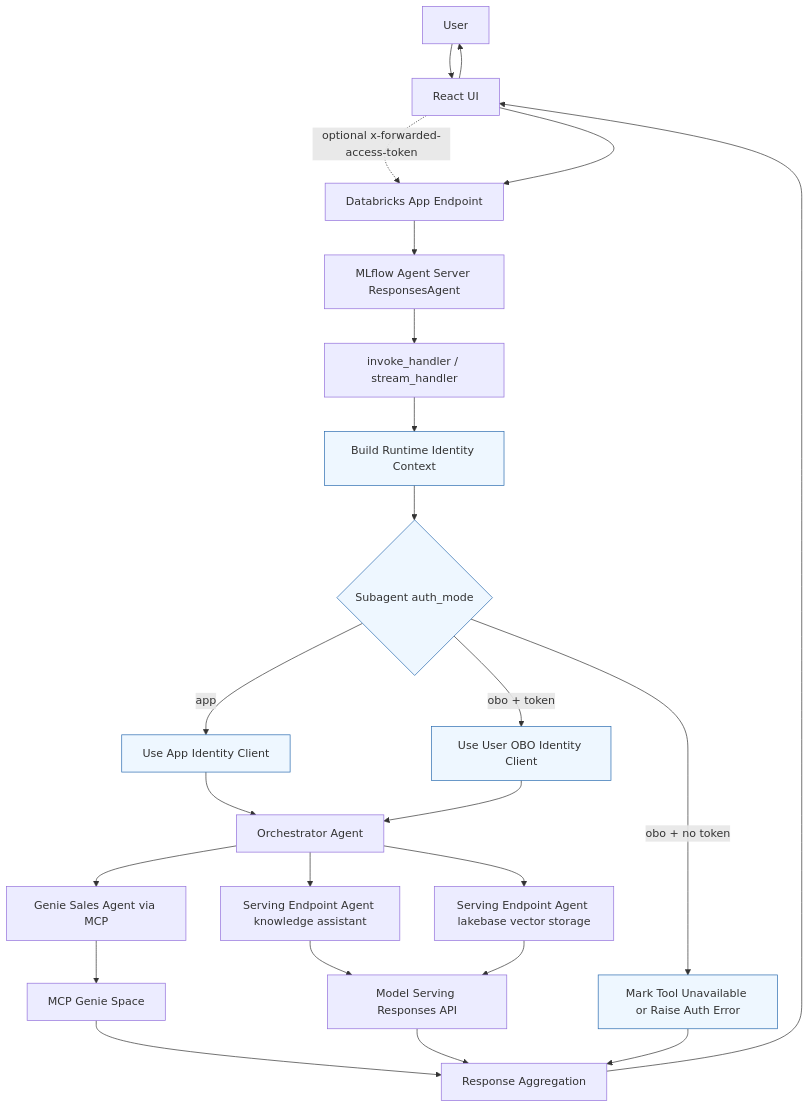
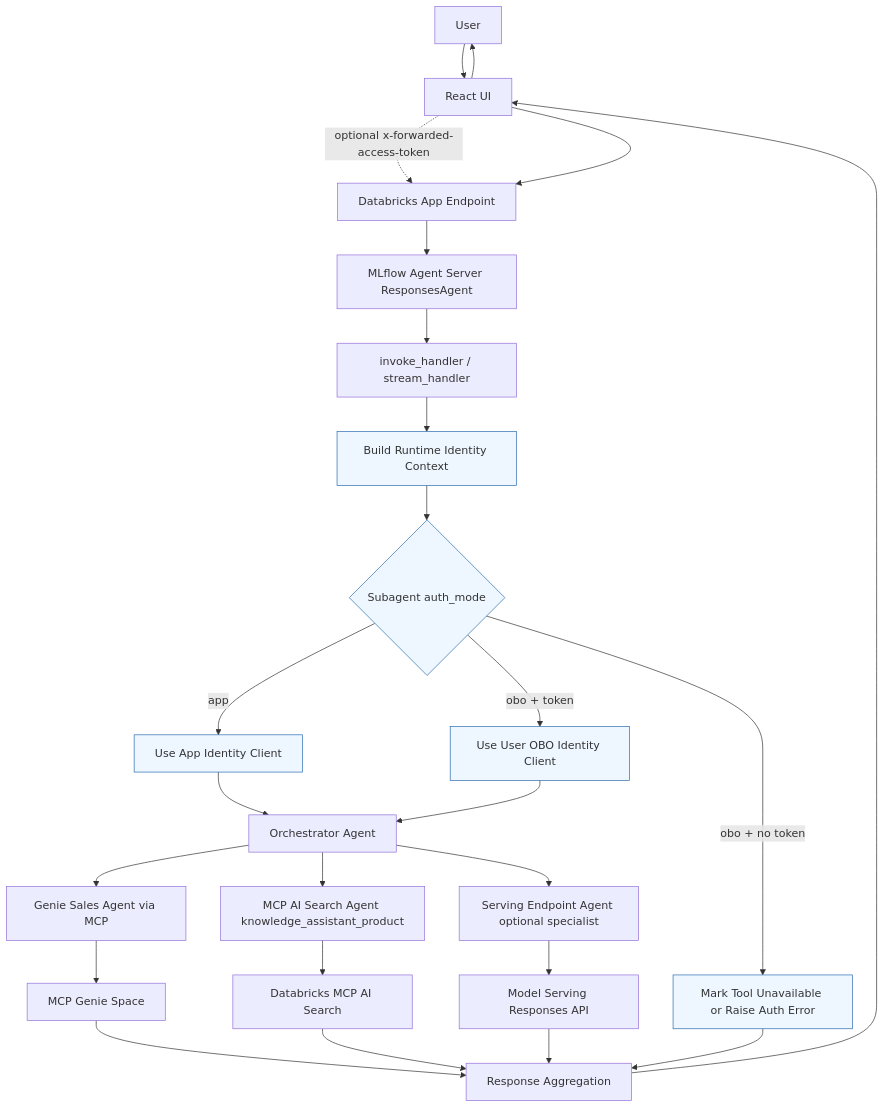
One commit to wchen-dea/Multi-Agent-App-On-Databricks changed the second of 2 diagrams in docs/architecture/system-architecture.md. Above: the diagram before and after it, drawn with Mermaid. The commit also changed other lines of this file and 26 other files, not shown here.

````diff
--- a/docs/architecture/system-architecture.md
+++ b/docs/architecture/system-architecture.md
@@ -138,33 +139,34 @@
 ```mermaid
 flowchart TD
     U[User]
     U --> UI[React UI]
     UI -.optional x-forwarded-access-token.-> APP
     UI --> APP[Databricks App Endpoint]
     APP --> S[MLflow Agent Server ResponsesAgent]
     S --> H[invoke_handler / stream_handler]
     H --> C[Build Runtime Identity Context]
     C --> D{Subagent auth_mode}
     D -->|app| AID[Use App Identity Client]
     D -->|obo + token| OID[Use User OBO Identity Client]
     D -->|obo + no token| ERR[Mark Tool Unavailable or Raise Auth Error]
     AID --> O[Orchestrator Agent]
     OID --> O
 
     O --> G[Genie Sales Agent via MCP]
-    O --> K[Serving Endpoint Agent knowledge assistant]
-    O --> L[Serving Endpoint Agent lakebase vector storage]
+    O --> K[MCP AI Search Agent knowledge_assistant_product]
+    O --> L[Serving Endpoint Agent optional specialist]
 
     G --> M[MCP Genie Space]
-    K --> R1[Model Serving Responses API]
-    L --> R1
+    K --> R1[Databricks MCP AI Search]
+    L --> R2[Model Serving Responses API]
 
     M --> R[Response Aggregation]
     R1 --> R
+    R2 --> R
     ERR --> R
     R --> UI
     UI --> U
 
     classDef auth fill:#eef7ff,stroke:#2b6cb0,stroke-width:1px;
     class C,D,AID,OID,ERR auth;
 ```
````
